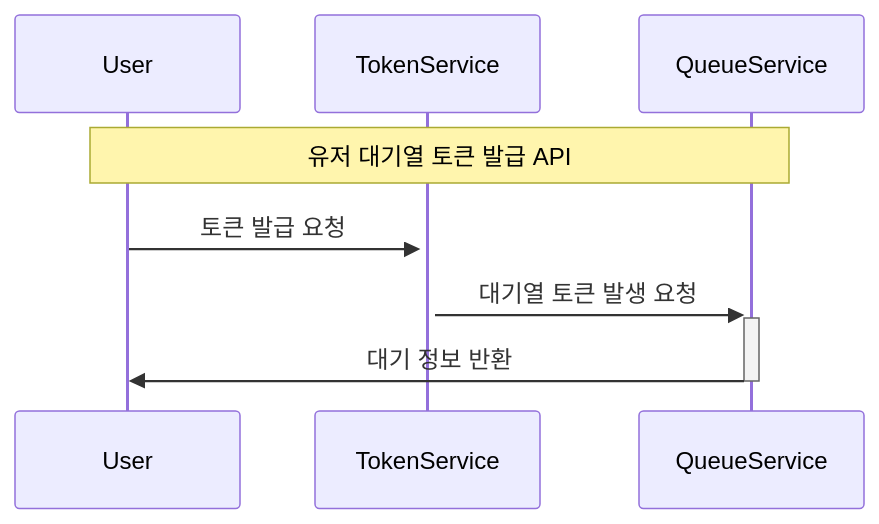
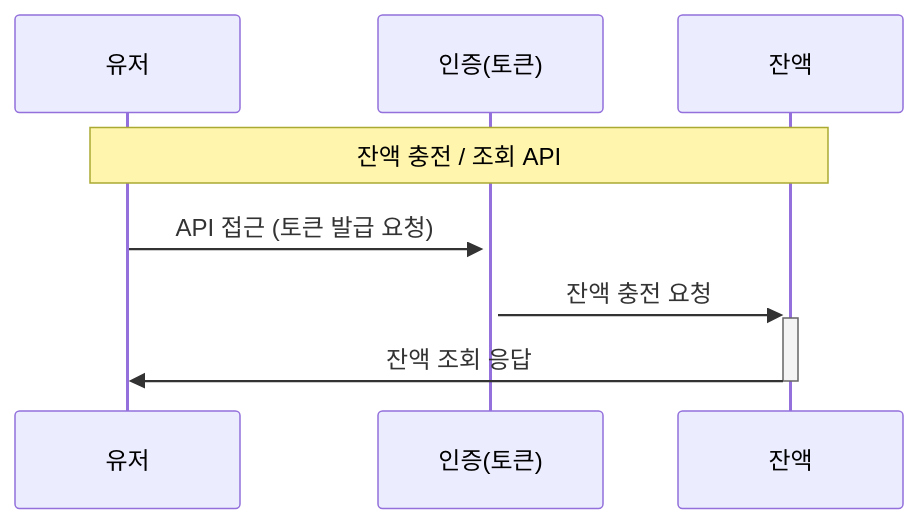
The second of 4 diagrams in read.md (tak-tack/hhplus-3th-reserve), drawn with Mermaid before and after one commit. The commit also changed other lines of this file, not shown here.

Commit message:
2024-07-03 시퀀스 다이어그램 수정

````diff
--- a/read.md
+++ b/read.md
@@ -16,12 +18,11 @@
 ```mermaid
 sequenceDiagram
-    participant User
-    participant TokenService
-    participant QueueService
-    
-    Note over  User, QueueService : 유저 대기열 토큰 발급 API
-    User ->>+ TokenService : 토큰 발급 요청
-    TokenService->>+QueueService: 대기열 토큰 발생 요청
-    QueueService->>-User: 대기 정보 반환
+    participant 유저
+    participant 인증(토큰)
+    participant 잔액
 
+    Note over 유저, 잔액 : 잔액 충전 / 조회 API
+    유저 ->>+ 인증(토큰) : API 접근 (토큰 발급 요청)
+    인증(토큰) ->>+ 잔액 : 잔액 충전 요청
+    잔액 ->>- 유저 :  잔액 조회 응답
 ```
````
